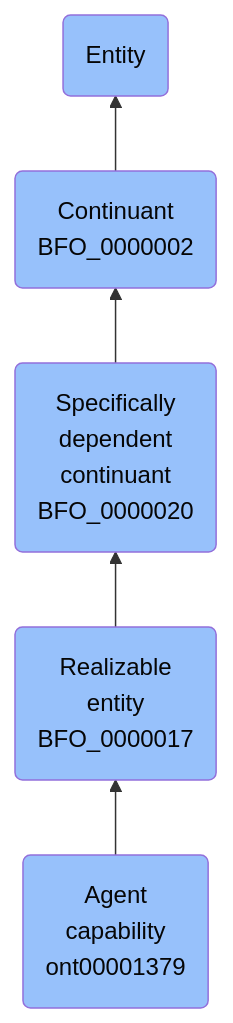
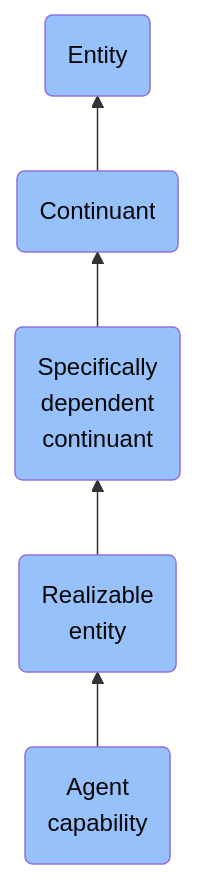
One commit to jupyter-naas/abi changed the diagram in docs/ontology/reference/model/Entity/Continuant/Specifically dependent continuant/Realizable entity/Agent capability/Agent capability.md. Above: the diagram before and after it, drawn with Mermaid. The commit also changed other lines of this file and 1430 other files, not shown here.

````diff
--- a/docs/ontology/reference/model/Entity/Continuant/Specifically dependent continuant/Realizable entity/Agent capability/Agent capability.md
+++ b/docs/ontology/reference/model/Entity/Continuant/Specifically dependent continuant/Realizable entity/Agent capability/Agent capability.md
@@ -24,12 +24,12 @@
 ```mermaid
 graph BT
-    ont00001379(Agent<br>capability<br>ont00001379):::BFO-->BFO_0000017
-    BFO_0000017(Realizable<br>entity<br>BFO_0000017):::BFO-->BFO_0000020
-    BFO_0000020(Specifically<br>dependent<br>continuant<br>BFO_0000020):::BFO-->BFO_0000002
-    BFO_0000002(Continuant<br>BFO_0000002):::BFO-->BFO_0000001
+    ont00001379(Agent<br>capability):::BFO-->BFO_0000017
+    BFO_0000017(Realizable<br>entity):::BFO-->BFO_0000020
+    BFO_0000020(Specifically<br>dependent<br>continuant):::BFO-->BFO_0000002
+    BFO_0000002(Continuant):::BFO-->BFO_0000001
     BFO_0000001(Entity):::BFO
     
     classDef BFO fill:#97c1fb,color:#060606
     classDef CCO fill:#e4c51e,color:#060606
     classDef ABI fill:#48DD82,color:#060606
 ```
````
